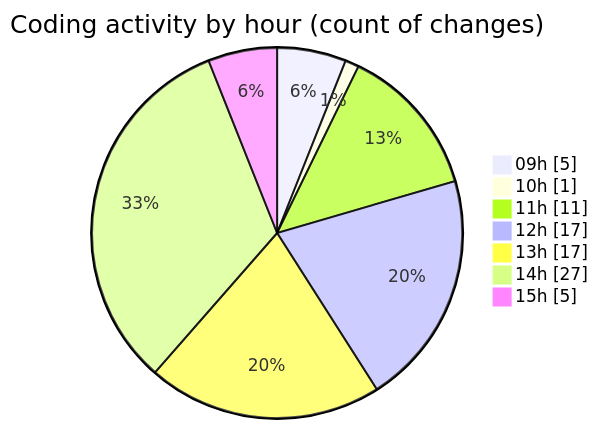
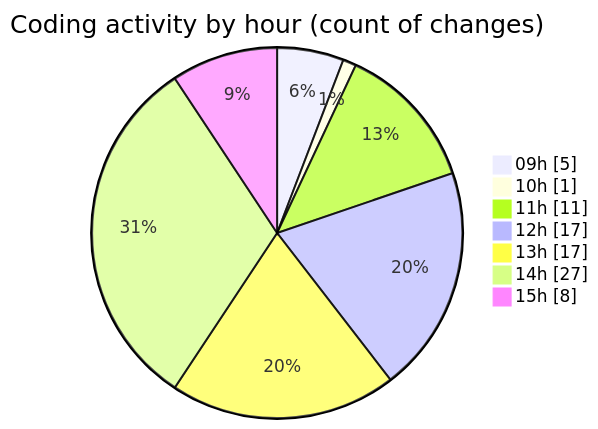
One commit to momahboobian/code-tracking changed the second of 2 diagrams in 2025-09-04/cda/README.md. Above: the diagram before and after it, drawn with Mermaid. The commit also changed other lines of this file and 1 other file, not shown here.

````diff
--- a/2025-09-04/cda/README.md
+++ b/2025-09-04/cda/README.md
@@ -40,11 +40,11 @@
 ```mermaid
 pie showData
 title Coding activity by hour (count of changes)
 "09h" : 5
 "10h" : 1
 "11h" : 11
 "12h" : 17
 "13h" : 17
 "14h" : 27
-"15h" : 5
+"15h" : 8
 ```
````
